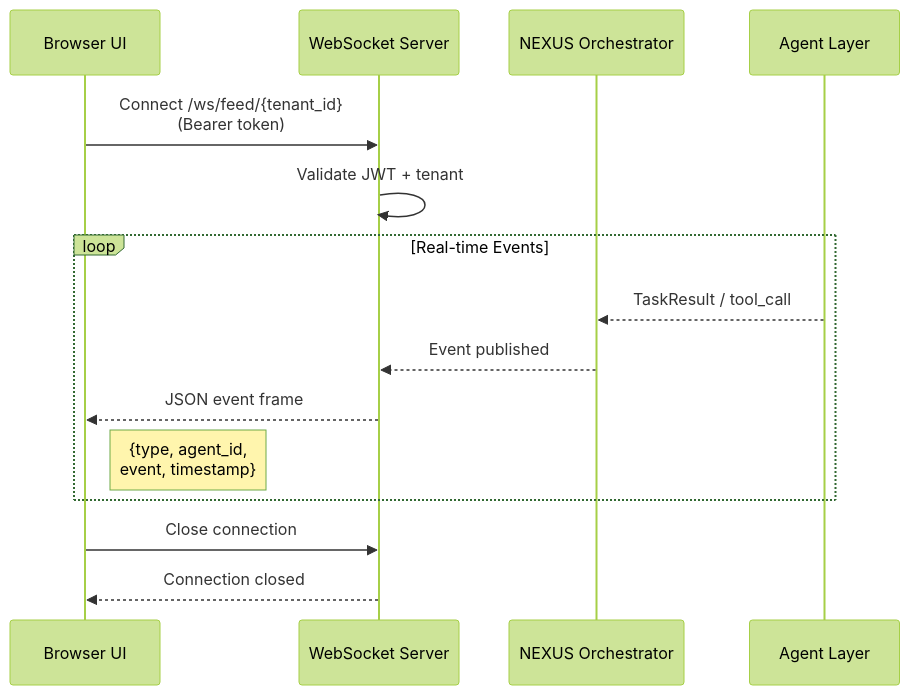
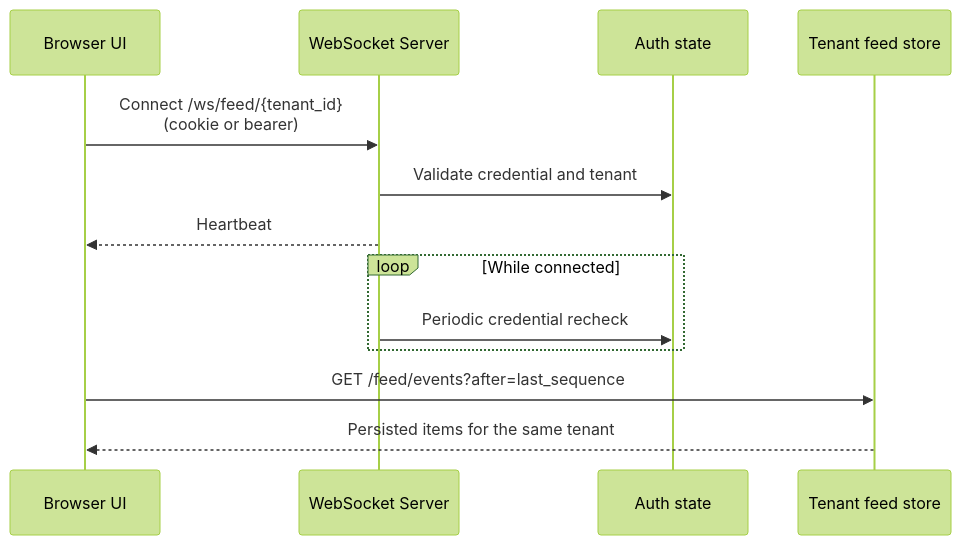
One commit to mishrasanjeev/agentic-org changed the ninth of 9 diagrams in docs/api-reference.md. Above: the diagram before and after it, drawn with Mermaid (forest theme). The commit also changed other lines of this file and 42 other files, not shown here.

````diff
--- a/docs/api-reference.md
+++ b/docs/api-reference.md
@@ -1207,20 +1220,16 @@
 ```mermaid
 sequenceDiagram
     participant UI as Browser UI
     participant WS as WebSocket Server
-    participant NEXUS as NEXUS Orchestrator
-    participant Agent as Agent Layer
+    participant Auth as Auth state
+    participant Store as Tenant feed store
 
-    UI->>WS: Connect /ws/feed/{tenant_id}<br/>(Bearer token)
-    WS->>WS: Validate JWT + tenant
-
-    loop Real-time Events
-        Agent-->>NEXUS: TaskResult / tool_call
-        NEXUS-->>WS: Event published
-        WS-->>UI: JSON event frame
-        Note right of UI: {type, agent_id,<br/>event, timestamp}
+    UI->>WS: Connect /ws/feed/{tenant_id}<br/>(cookie or bearer)
+    WS->>Auth: Validate credential and tenant
+    WS-->>UI: Heartbeat
+    loop While connected
+        WS->>Auth: Periodic credential recheck
     end
-
-    UI->>WS: Close connection
-    WS-->>UI: Connection closed
+    UI->>Store: GET /feed/events?after=last_sequence
+    Store-->>UI: Persisted items for the same tenant
 ```
````
